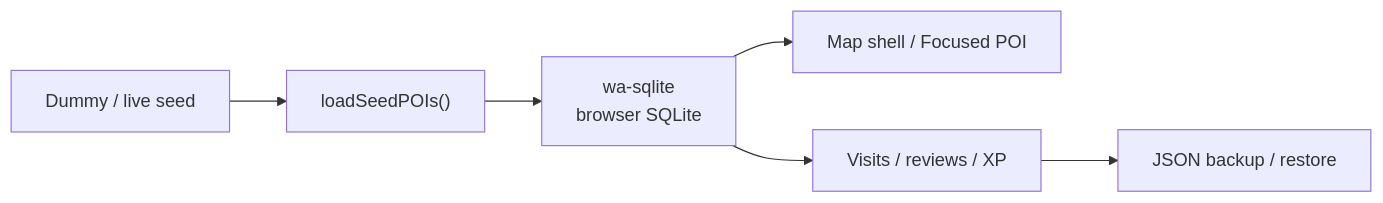
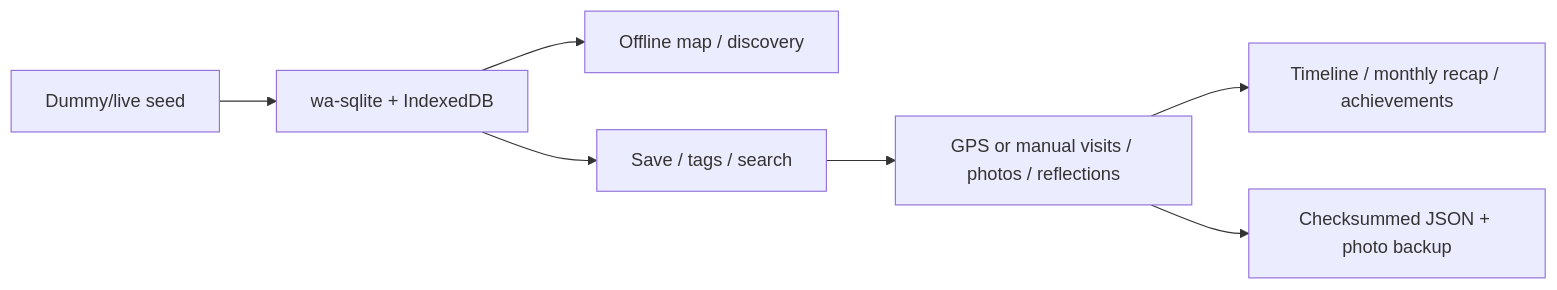
Before and after one commit to sinmb79/my-paso: the diagram in README.en.md, drawn with Mermaid. The commit also changed other lines of this file and 132 other files, not shown here.

````diff
--- a/README.en.md
+++ b/README.en.md
@@ -8,8 +7,9 @@
 ```mermaid
 flowchart LR
-  Seed["Dummy / live seed"] --> Loader["loadSeedPOIs()"]
-  Loader --> DB["wa-sqlite<br/>browser SQLite"]
-  DB --> Map["Map shell / Focused POI"]
-  DB --> Journal["Visits / reviews / XP"]
-  Journal --> Export["JSON backup / restore"]
+  Seed["Dummy/live seed"] --> DB["wa-sqlite + IndexedDB"]
+  DB --> Map["Offline map / discovery"]
+  DB --> Collection["Save / tags / search"]
+  Collection --> Journal["GPS or manual visits / photos / reflections"]
+  Journal --> Insight["Timeline / monthly recap / achievements"]
+  Journal --> Export["Checksummed JSON + photo backup"]
 ```
````
